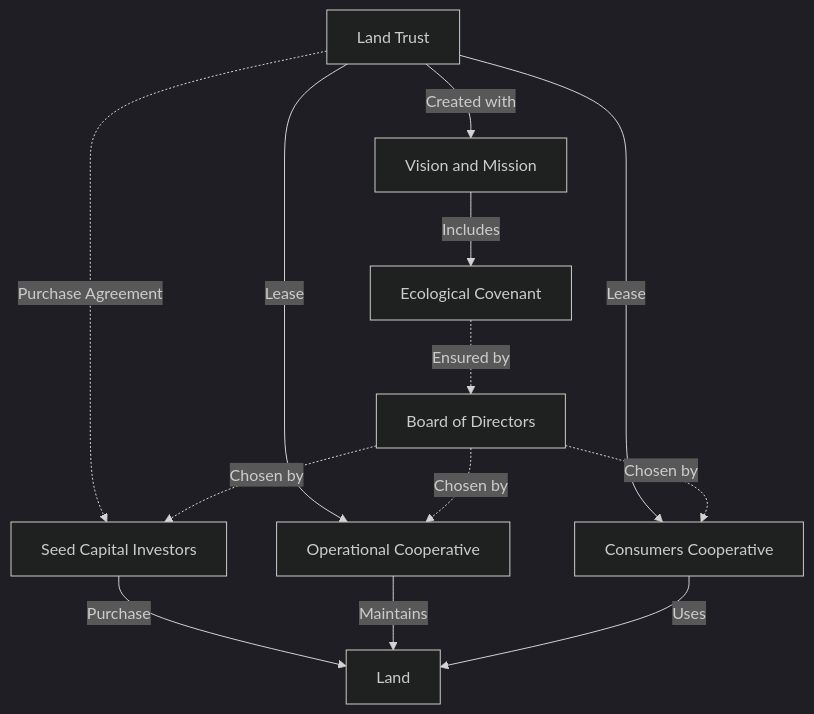
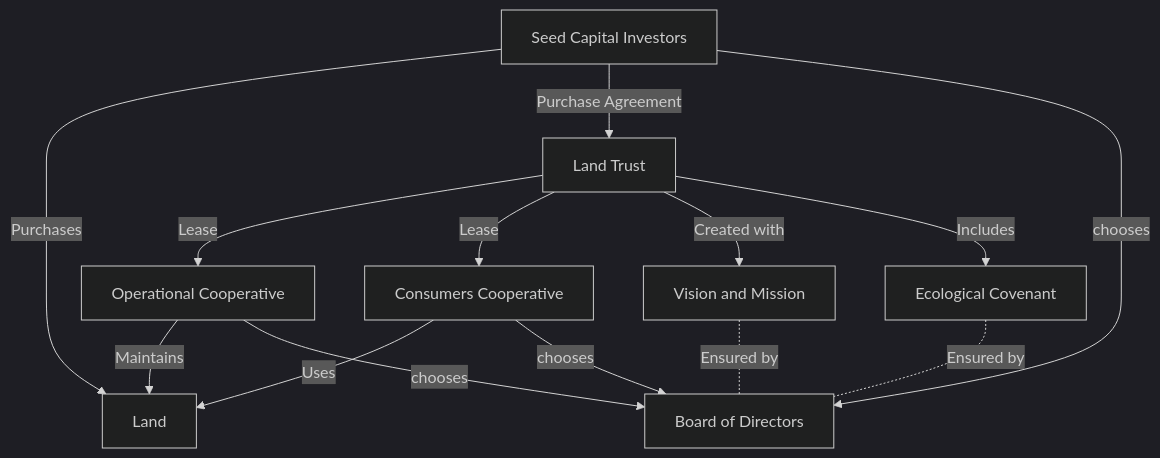
One commit to BucketHarmony/CowStructure changed the first of 2 diagrams in README.md. Above: the diagram before and after it, drawn with Mermaid (dark theme).

````diff
--- a/README.md
+++ b/README.md
@@ -28,16 +28,16 @@
 ```mermaid
 graph TD;
-    SCI[Seed Capital Investors] -->|Purchase| Land[Land];
-    LandTrust[Land Trust] -.->|Purchase Agreement| SCI[Seed Capital Investors];
-    
+    SCI[Seed Capital Investors] -->|Purchases| Land[Land];
+    SCI[Seed Capital Investors] -->|Purchase Agreement| LandTrust[Land Trust];
     LandTrust -->|Lease| OperationalCoop[Operational Cooperative];
     LandTrust -->|Lease| ConsumersCoop[Consumers Cooperative];
     OperationalCoop -->|Maintains| Land;
     ConsumersCoop -->|Uses| Land;
     LandTrust -->|Created with| VisionMission[Vision and Mission];
-    VisionMission -->|Includes| EcologicalCovenant[Ecological Covenant];
-    EcologicalCovenant -.->|Ensured by| Board;
-    Board[Board of Directors] -.->|Chosen by| SCI;
-    Board[Board of Directors] -.->|Chosen by| OperationalCoop;
-    Board[Board of Directors] -.->|Chosen by| ConsumersCoop;
+    LandTrust -->|Includes| EcologicalCovenant[Ecological Covenant];
+    EcologicalCovenant -.-|Ensured by| Board;
+    VisionMission -.-|Ensured by| Board;
+    SCI -->|chooses| Board[Board of Directors];
+    OperationalCoop -->|chooses| Board[Board of Directors];
+    ConsumersCoop -->|chooses| Board[Board of Directors];
 ```
````
